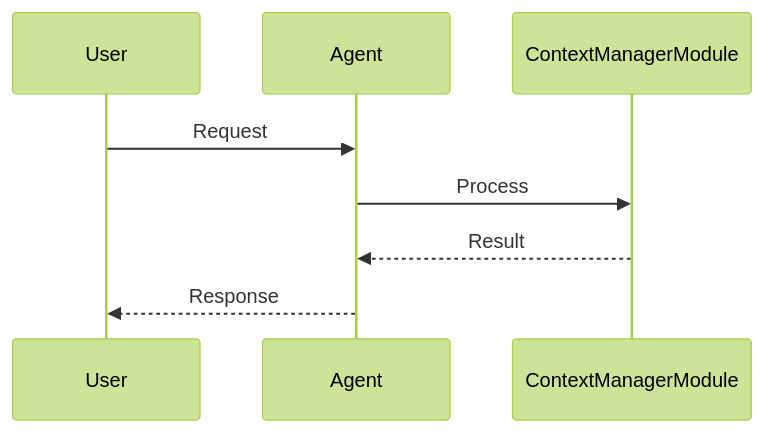
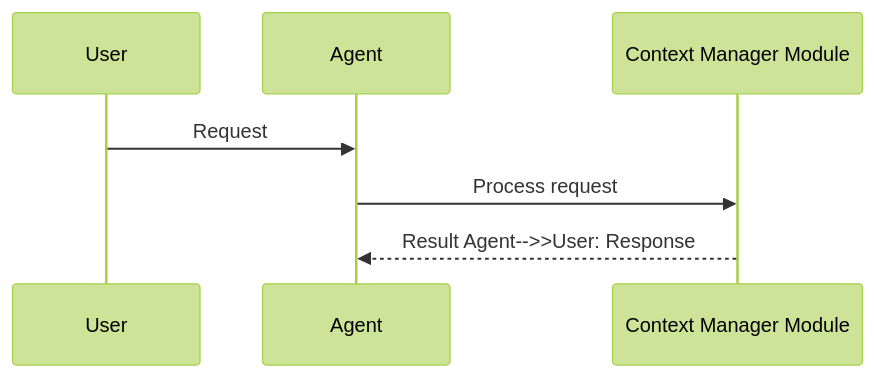
The second of 3 diagrams in docs/features/context-manager-module.mdx (MervinPraison/PraisonAIDocs), drawn with Mermaid (forest theme) before and after one commit. The commit also changed 204 other files, not shown here.

First line of the commit message:
docs: align feature/tool pages with AGENTS.md hero + sequence + import standards (fixes #1775)

````diff
--- a/docs/features/context-manager-module.mdx
+++ b/docs/features/context-manager-module.mdx
@@ -46,11 +46,10 @@
 ```mermaid
 sequenceDiagram
     participant User
     participant Agent
-    participant ContextManagerModule
+    participant Feature as Context Manager Module
 
     User->>Agent: Request
-    Agent->>ContextManagerModule: Process
-    ContextManagerModule-->>Agent: Result
-    Agent-->>User: Response
+    Agent->>Feature: Process request
+    Feature-->>Agent: Result    Agent-->>User: Response
 ```
````
